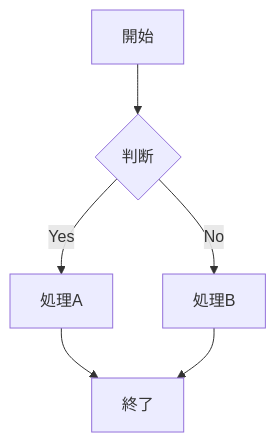
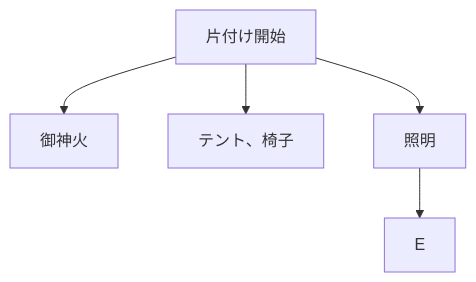
Before and after one commit to tabu093-svg/Okomori: the diagram in Okomori.md, drawn with Mermaid.

````diff
--- a/Okomori.md
+++ b/Okomori.md
@@ -116,8 +116,7 @@
 ```mermaid
 flowchart TD
-    A[開始] --> B{判断}
-    B -->|Yes| C[処理A]
-    B -->|No| D[処理B]
-    C --> E[終了]
+    A[片付け開始] --> B[御神火]
+    A --> C[テント、椅子] 
+    A --> D[照明] 
     D --> E
 ```
````
